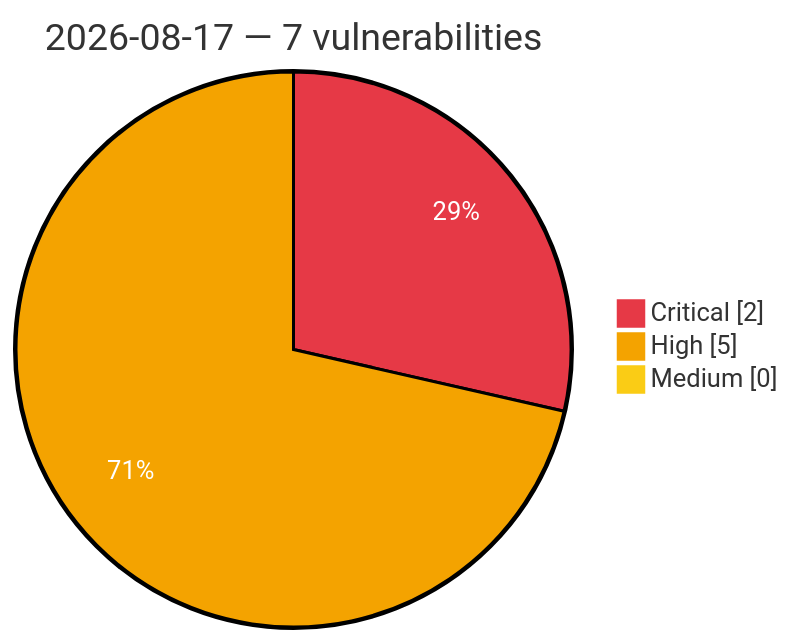
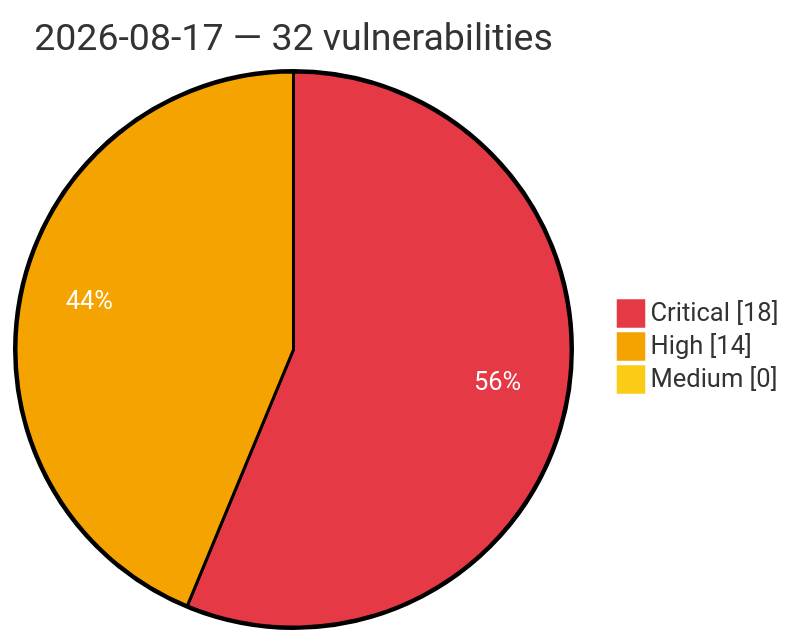
One commit to GhostX0X/vuln-tracker changed the diagram in vulnerabilities/2026/August/2026-08-17.md. Above: the diagram before and after it, drawn with Mermaid. The commit also changed other lines of this file and 5 other files, not shown here.

Commit message:
Auto update: critical/high vulns (2026-08-17 11:22 UTC)

````diff
--- a/vulnerabilities/2026/August/2026-08-17.md
+++ b/vulnerabilities/2026/August/2026-08-17.md
@@ -3,8 +3,8 @@
 ```mermaid
 %%{init: {'theme':'base', 'themeVariables': {'pie1':'#e63946', 'pie2':'#f4a300', 'pie3':'#facc15', 'pieOpacity':'1', 'pieOuterStrokeWidth':'2px', 'pieSectionTextColor':'#ffffff'}}}%%
 pie showData
-    title 2026-08-17 — 7 vulnerabilities
-    "Critical" : 2
-    "High" : 5
+    title 2026-08-17 — 32 vulnerabilities
+    "Critical" : 18
+    "High" : 14
     "Medium" : 0
 ```
````
